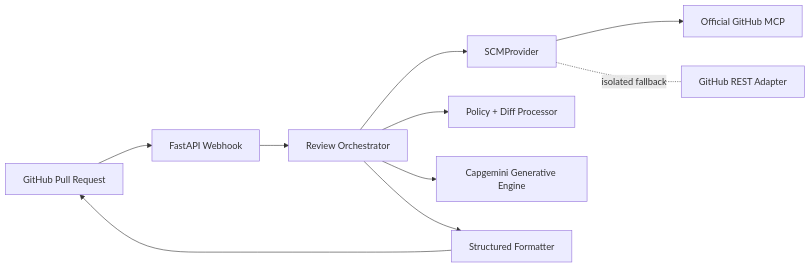
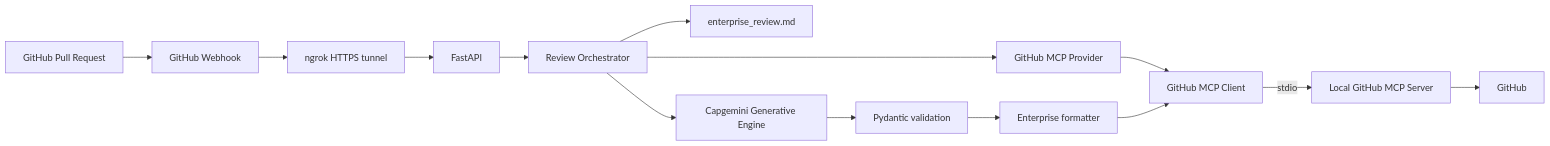
The first of 2 diagrams in README.md (Mahalakshmi-M26/ai-code-review-agent), drawn with Mermaid before and after one commit. The commit also changed other lines of this file and 26 other files, not shown here.

````diff
--- a/README.md
+++ b/README.md
@@ -19,12 +25,16 @@
 ```mermaid
 flowchart LR
-  GH[GitHub Pull Request] --> WH[FastAPI Webhook]
-  WH --> O[Review Orchestrator]
-  O --> SCM[SCMProvider]
-  SCM --> MCP[Official GitHub MCP]
-  SCM -.isolated fallback.- REST[GitHub REST Adapter]
-  O --> P[Policy + Diff Processor]
-  O --> LLM[Capgemini Generative Engine]
-  O --> F[Structured Formatter]
-  F --> GH
+  PR[GitHub Pull Request] --> WH[GitHub Webhook]
+  WH --> NG[ngrok HTTPS tunnel]
+  NG --> API[FastAPI]
+  API --> O[Review Orchestrator]
+  O --> P[GitHub MCP Provider]
+  P --> C[GitHub MCP Client]
+  C -->|stdio| S[Local GitHub MCP Server]
+  S --> GH[GitHub]
+  O --> R[enterprise_review.md]
+  O --> L[Capgemini Generative Engine]
+  L --> V[Pydantic validation]
+  V --> F[Enterprise formatter]
+  F --> C
 ```
````
